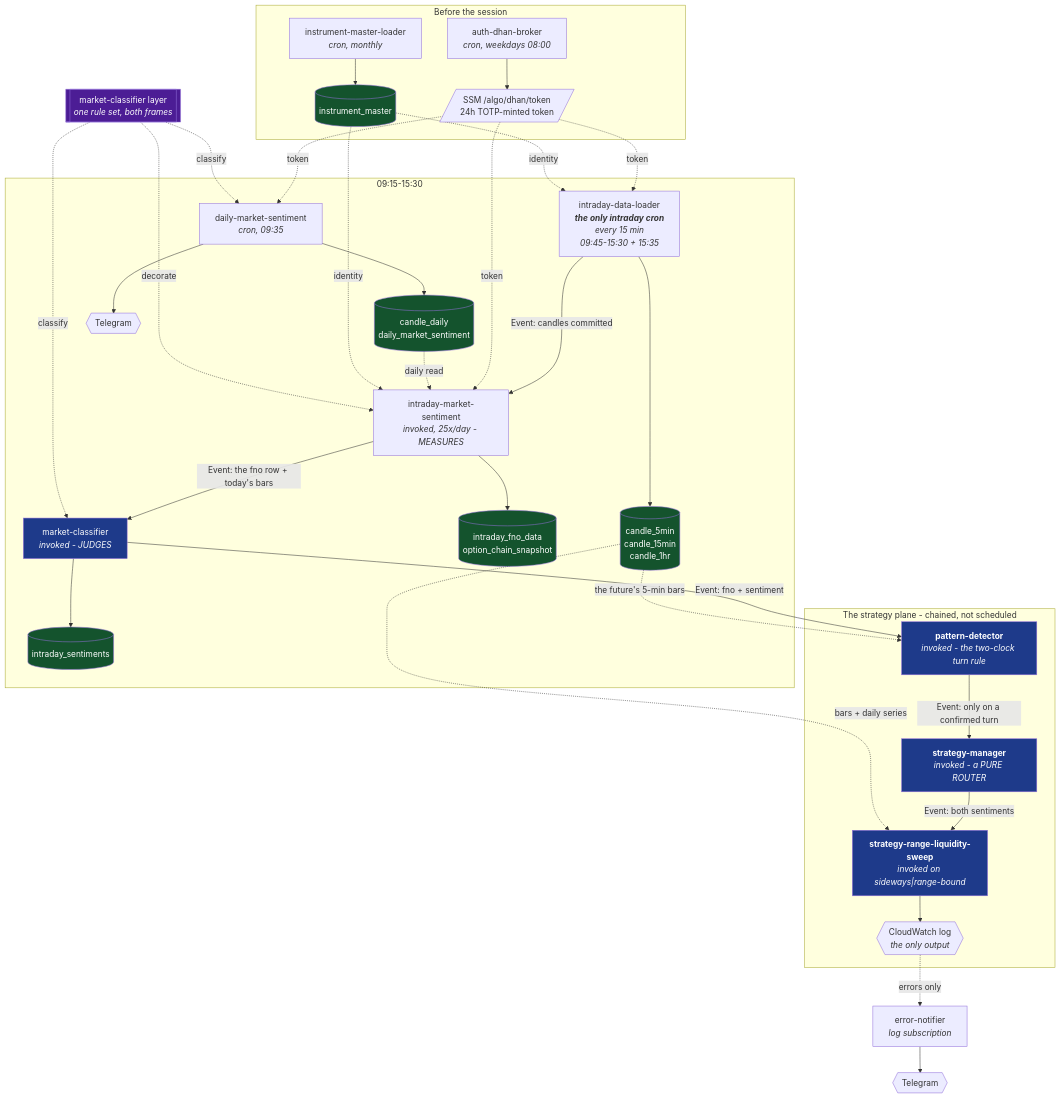
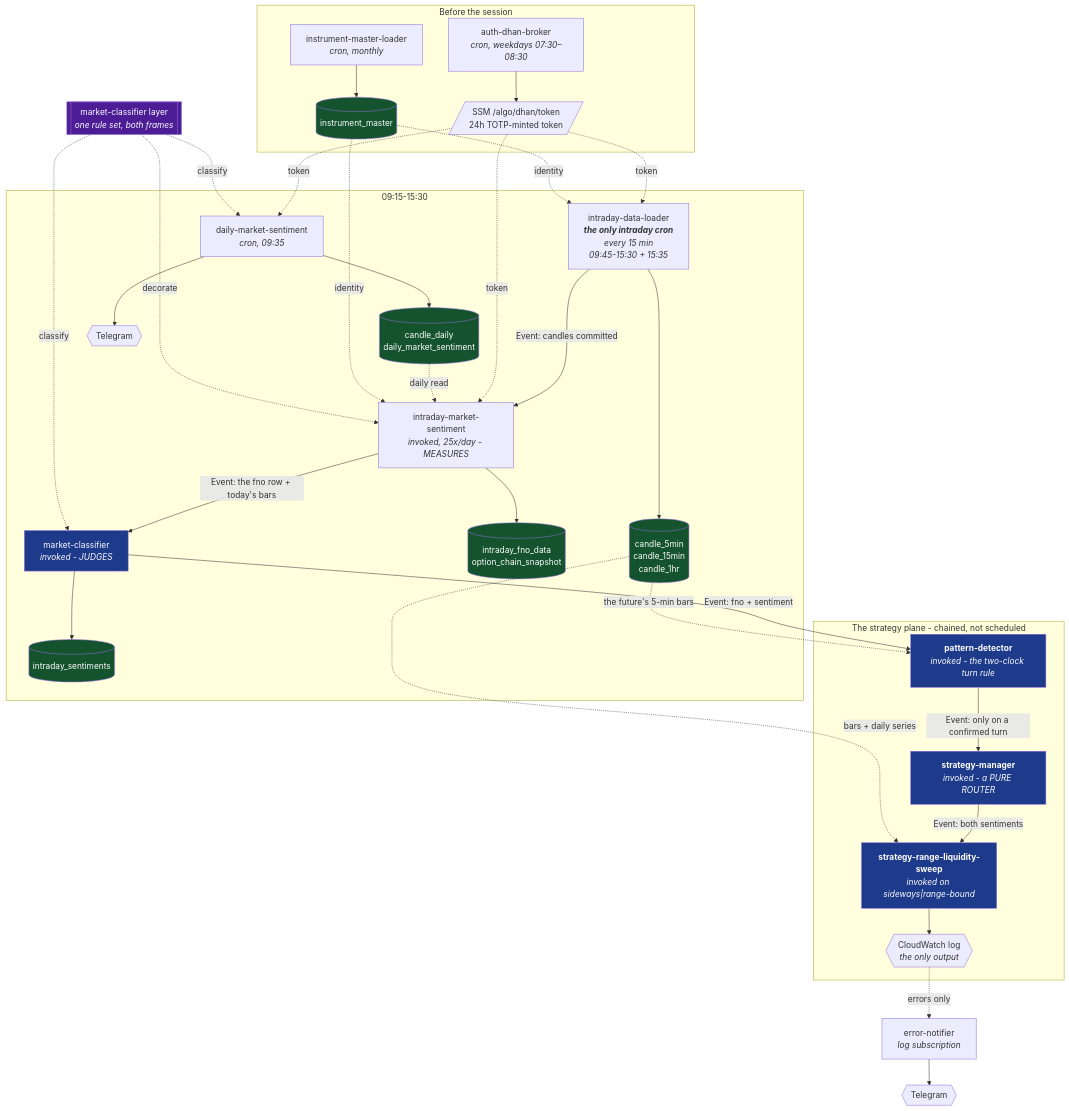
Before and after one commit to amar7585/aws-algo-claude: the first of 7 diagrams in docs/flow.md, drawn with Mermaid. The commit also changed other lines of this file and 6 other files, not shown here.

First line of the commit message:
auth-dhan-broker: weekday slots 07:30 Mon to 08:30 Fri, before the pre-open

````diff
--- a/docs/flow.md
+++ b/docs/flow.md
@@ -10,58 +10,58 @@
 ```mermaid
 flowchart TD
     subgraph BEFORE["Before the session"]
-        AUTH["auth-dhan-broker<br/><i>cron, weekdays 08:00</i>"] --> SSM[/"SSM /algo/dhan/token<br/>24h TOTP-minted token"/]
+        AUTH["auth-dhan-broker<br/><i>cron, weekdays 07:30–08:30</i>"] --> SSM[/"SSM /algo/dhan/token<br/>24h TOTP-minted token"/]
         LOADER["instrument-master-loader<br/><i>cron, monthly</i>"] --> IM[("instrument_master")]
     end
 
     subgraph SESSION["09:15-15:30"]
         DAILY["daily-market-sentiment<br/><i>cron, 09:35</i>"] --> DTBL[("candle_daily<br/>daily_market_sentiment")]
         DAILY --> TG1{{"Telegram"}}
 
         CANDLES["intraday-data-loader<br/><i><b>the only intraday cron</b><br/>every 15 min<br/>09:45-15:30 + 15:35</i>"] --> CTBL[("candle_5min<br/>candle_15min<br/>candle_1hr")]
 
         SENT["intraday-market-sentiment<br/><i>invoked, 25x/day - MEASURES</i>"] --> STBL[("intraday_fno_data<br/>option_chain_snapshot")]
         CLSF["market-classifier<br/><i>invoked - JUDGES</i>"] --> SENTBL[("intraday_sentiments")]
     end
 
     subgraph STRAT["The strategy plane - chained, not scheduled"]
         PD["<b>pattern-detector</b><br/><i>invoked - the two-clock turn rule</i>"]
         MGR["<b>strategy-manager</b><br/><i>invoked - a PURE ROUTER</i>"]
         SWEEP["<b>strategy-range-liquidity-sweep</b><br/><i>invoked on sideways|range-bound</i>"]
         PD -->|"Event: only on a confirmed turn"| MGR
         MGR -->|"Event: both sentiments"| SWEEP
         SWEEP --> LOG{{"CloudWatch log<br/><i>the only output</i>"}}
     end
 
     CANDLES -->|"Event: candles committed"| SENT
     SENT -->|"Event: the fno row + today's bars"| CLSF
     CLSF -->|"Event: fno + sentiment"| PD
 
     SSM -.token.-> DAILY
     SSM -.token.-> CANDLES
     SSM -.token.-> SENT
     CTBL -.the future's 5-min bars.-> PD
     CTBL -.bars + daily series.-> SWEEP
     DTBL -.daily read.-> SENT
     IM -.identity.-> CANDLES
     IM -.identity.-> SENT
 
     CLS[["market-classifier layer<br/><i>one rule set, both frames</i>"]]
     CLS -.decorate.-> SENT
     CLS -.classify.-> DAILY
     CLS -.classify.-> CLSF
     style CLS fill:#4c1d95,color:#fff
 
     ERR["error-notifier<br/><i>log subscription</i>"] --> TG2{{"Telegram"}}
     LOG -.errors only.-> ERR
 
     style STBL fill:#14532d,color:#fff
     style SENTBL fill:#14532d,color:#fff
     style CTBL fill:#14532d,color:#fff
     style DTBL fill:#14532d,color:#fff
     style IM fill:#14532d,color:#fff
     style CLSF fill:#1e3a8a,color:#fff
     style PD fill:#1e3a8a,color:#fff
     style MGR fill:#1e3a8a,color:#fff
     style SWEEP fill:#1e3a8a,color:#fff
 ```
````
